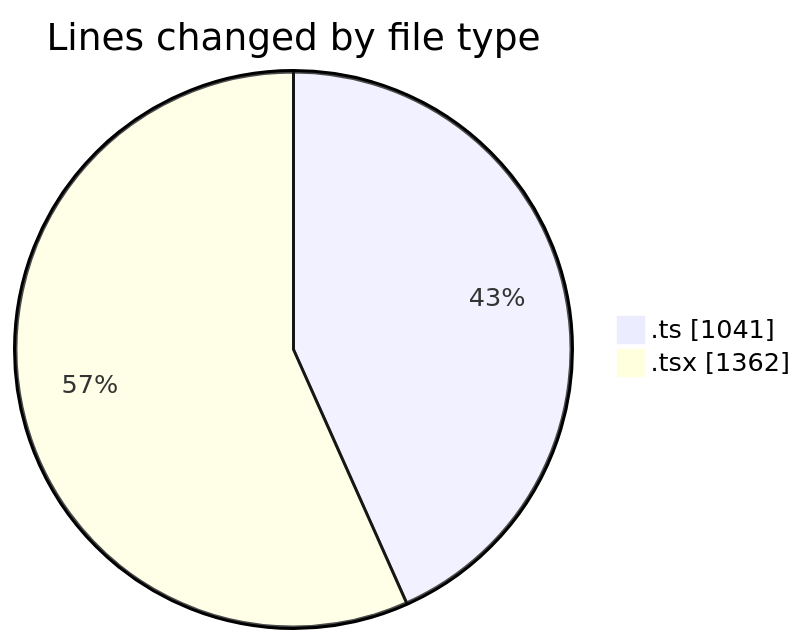
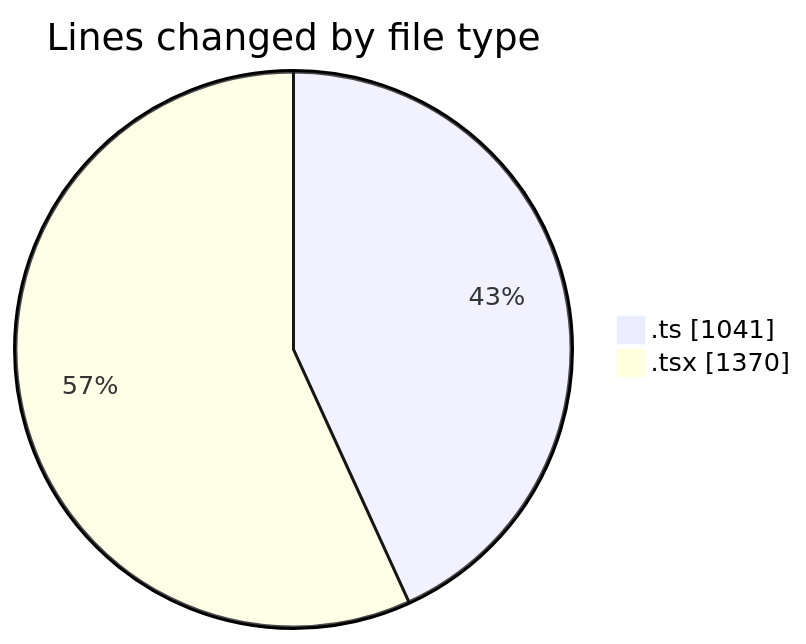
The first of 2 diagrams in 2025-09-02/cda/README.md (momahboobian/code-tracking), drawn with Mermaid before and after one commit. The commit also changed other lines of this file and 1 other file, not shown here.

````diff
--- a/2025-09-02/cda/README.md
+++ b/2025-09-02/cda/README.md
@@ -28,6 +28,6 @@
 ```mermaid
 pie showData
 title Lines changed by file type
 ".ts" : 1041
-".tsx" : 1362
+".tsx" : 1370
 ```
````
